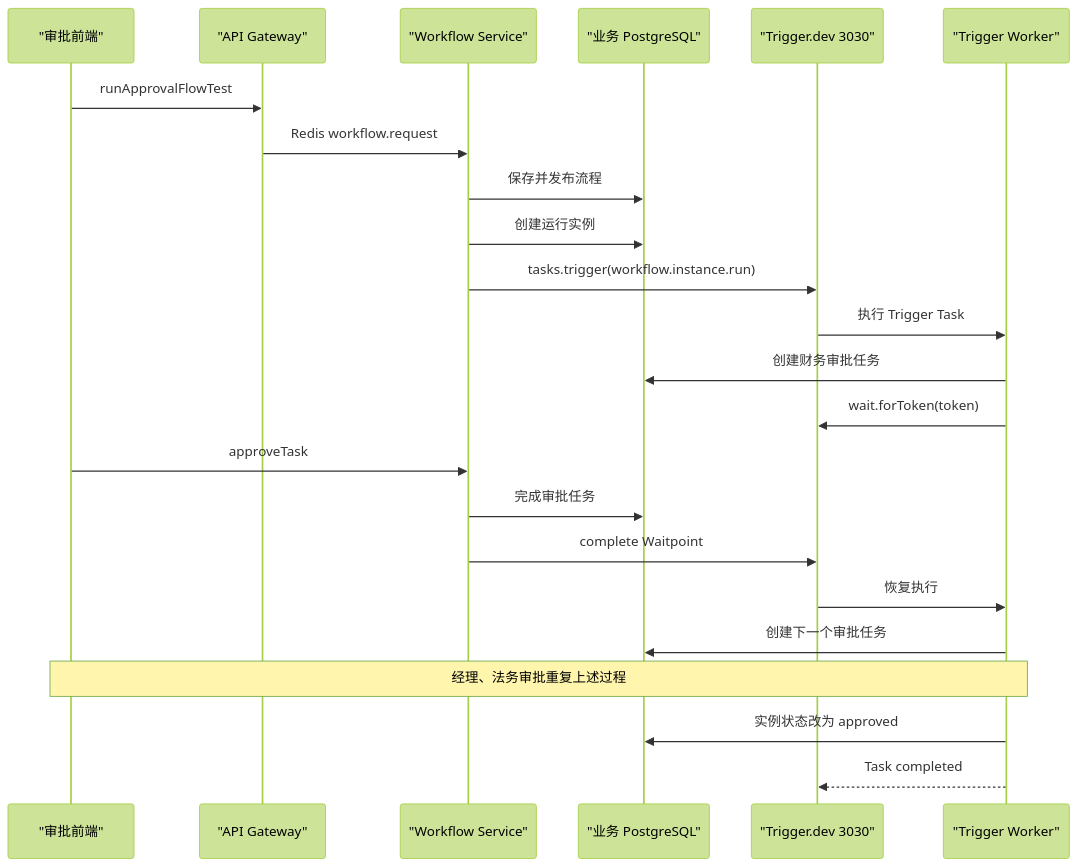
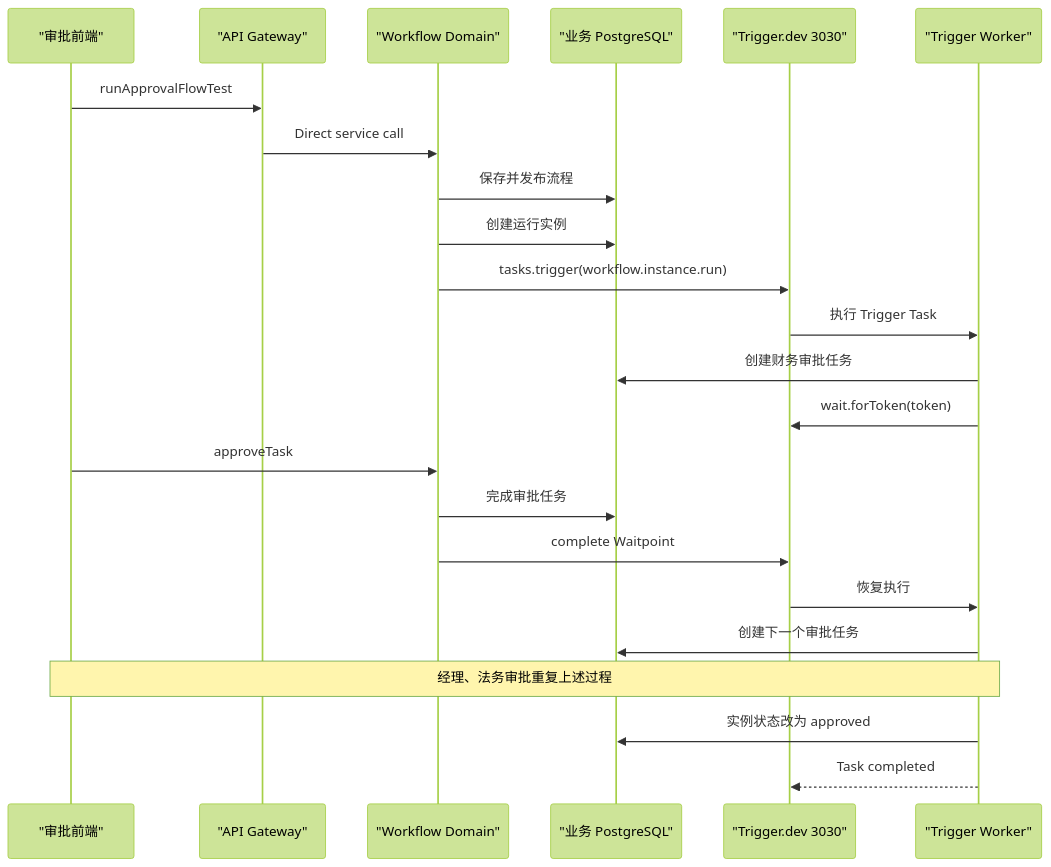
The diagram in wrokflow.md (iosandrod/enLearn), drawn with Mermaid (forest theme) before and after one commit. The commit also changed 89 other files, not shown here.

````diff
--- a/wrokflow.md
+++ b/wrokflow.md
@@ -1,29 +1,29 @@
 ```mermaid
 sequenceDiagram
     participant UI as "审批前端"
     participant API as "API Gateway"
-    participant WF as "Workflow Service"
+    participant WF as "Workflow Domain"
     participant DB as "业务 PostgreSQL"
     participant TD as "Trigger.dev 3030"
     participant Worker as "Trigger Worker"
 
     UI->>API: runApprovalFlowTest
-    API->>WF: Redis workflow.request
+    API->>WF: Direct service call
     WF->>DB: 保存并发布流程
     WF->>DB: 创建运行实例
     WF->>TD: tasks.trigger(workflow.instance.run)
     TD->>Worker: 执行 Trigger Task
     Worker->>DB: 创建财务审批任务
     Worker->>TD: wait.forToken(token)
 
     UI->>WF: approveTask
     WF->>DB: 完成审批任务
     WF->>TD: complete Waitpoint
     TD->>Worker: 恢复执行
     Worker->>DB: 创建下一个审批任务
 
     Note over UI,Worker: 经理、法务审批重复上述过程
 
     Worker->>DB: 实例状态改为 approved
     Worker-->>TD: Task completed
 ```
````
